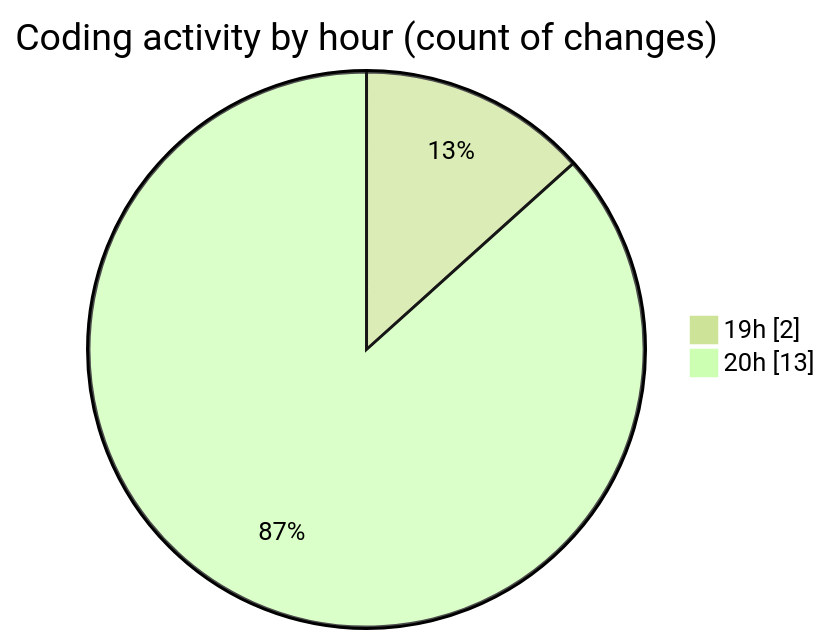
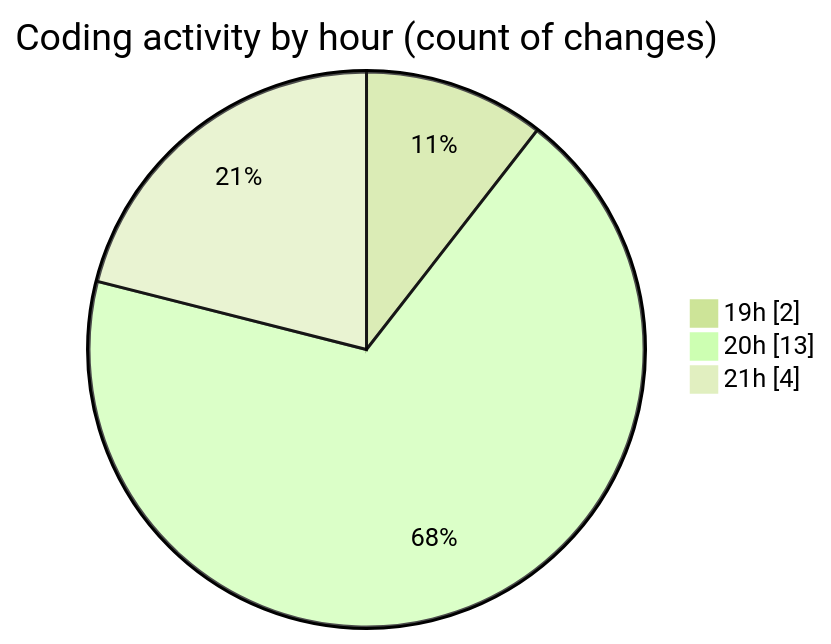
One commit to Ritupan-Deka/code-tracking changed the second of 2 diagrams in 2025-01-20/projects/README.md. Above: the diagram before and after it, drawn with Mermaid (forest theme). The commit also changed other lines of this file and 1 other file, not shown here.

````diff
--- a/2025-01-20/projects/README.md
+++ b/2025-01-20/projects/README.md
@@ -28,6 +28,7 @@
 ```mermaid
 pie showData
 title Coding activity by hour (count of changes)
 "19h" : 2
 "20h" : 13
+"21h" : 4
 ```
````
